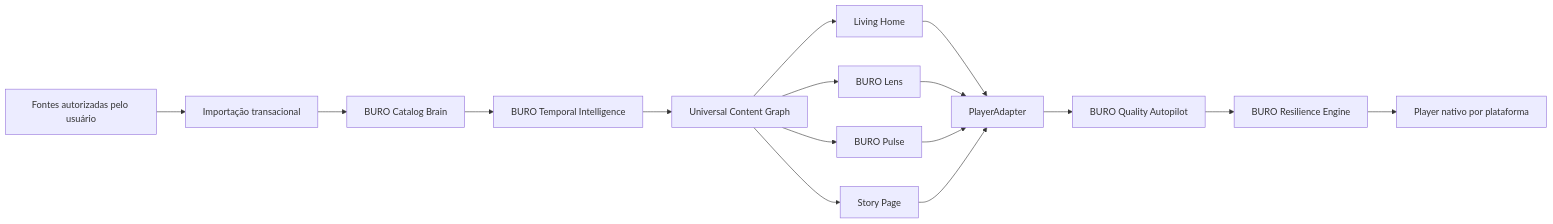
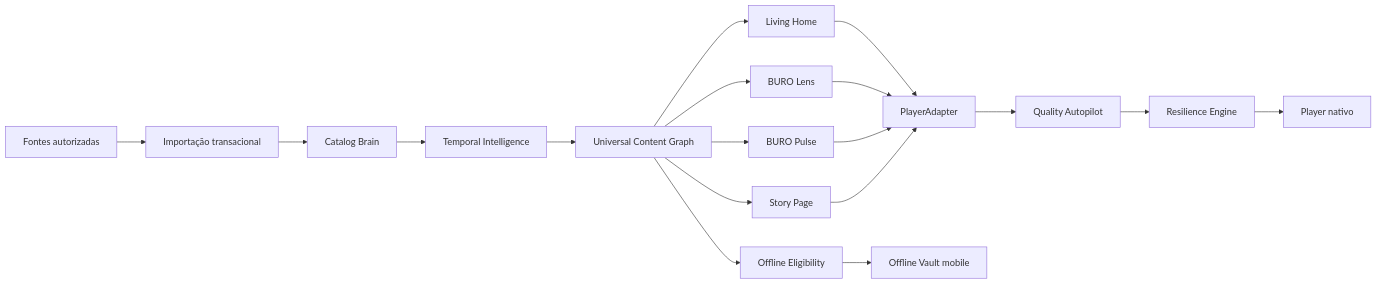
The diagram in README.md (serafinnike-create/IPTVBURO), drawn with Mermaid before and after one commit. The commit also changed other lines of this file and 12 other files, not shown here.

First line of the commit message:
docs: integrate GDD 5 universal delivery and GDD 6 Offline Vault

````diff
--- a/README.md
+++ b/README.md
@@ -188,21 +199,24 @@
 ```mermaid
 flowchart LR
-    A[Fontes autorizadas pelo usuário] --> B[Importação transacional]
-    B --> C[BURO Catalog Brain]
-    C --> D[BURO Temporal Intelligence]
+    A[Fontes autorizadas] --> B[Importação transacional]
+    B --> C[Catalog Brain]
+    C --> D[Temporal Intelligence]
     D --> E[Universal Content Graph]
 
     E --> F[Living Home]
     E --> G[BURO Lens]
     E --> H[BURO Pulse]
     E --> I[Story Page]
+    E --> O[Offline Eligibility]
 
     F --> J[PlayerAdapter]
     G --> J
     H --> J
     I --> J
 
-    J --> K[BURO Quality Autopilot]
-    K --> L[BURO Resilience Engine]
-    L --> M[Player nativo por plataforma]
+    O --> V[Offline Vault mobile]
+
+    J --> K[Quality Autopilot]
+    K --> L[Resilience Engine]
+    L --> M[Player nativo]
 ```
````
